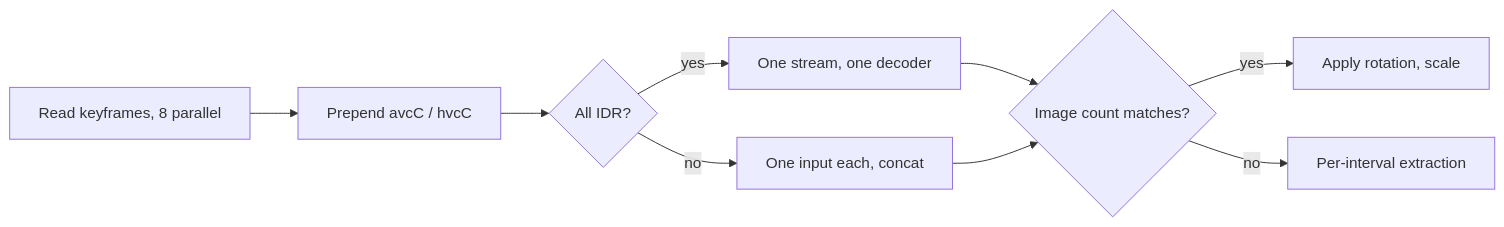
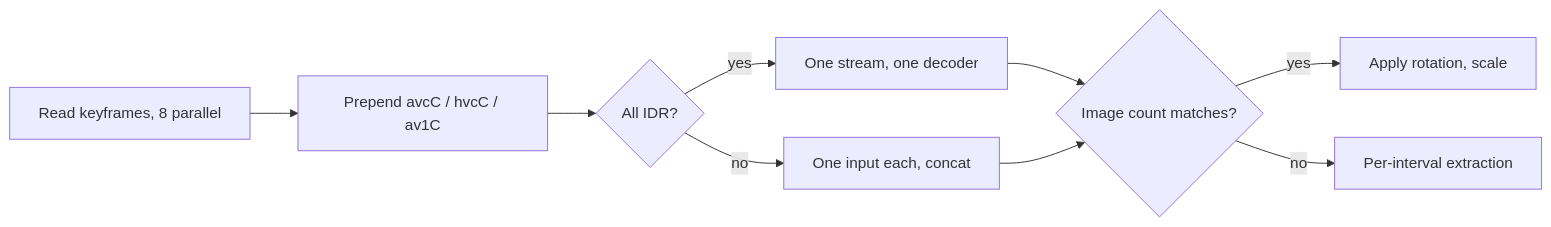
The third of 5 diagrams in docs/design-docs/seek-sprite-generation.md (syudead/vv), drawn with Mermaid before and after one commit. The commit also changed other lines of this file and 7 other files, not shown here.

First line of the commit message:
Read AV1 keyframes from the MP4 index and bound per-interval extraction

````diff
--- a/docs/design-docs/seek-sprite-generation.md
+++ b/docs/design-docs/seek-sprite-generation.md
@@ -62,11 +62,11 @@
 ```mermaid
 flowchart LR
-  read[Read keyframes, 8 parallel] --> prep[Prepend avcC / hvcC]
+  read[Read keyframes, 8 parallel] --> prep[Prepend avcC / hvcC / av1C]
   prep --> idr{All IDR?}
   idr -->|yes| one[One stream, one decoder]
   idr -->|no| many[One input each, concat]
   one --> count{Image count matches?}
   many --> count
   count -->|yes| rotate[Apply rotation, scale]
   count -->|no| fallback[Per-interval extraction]
 ```
````
